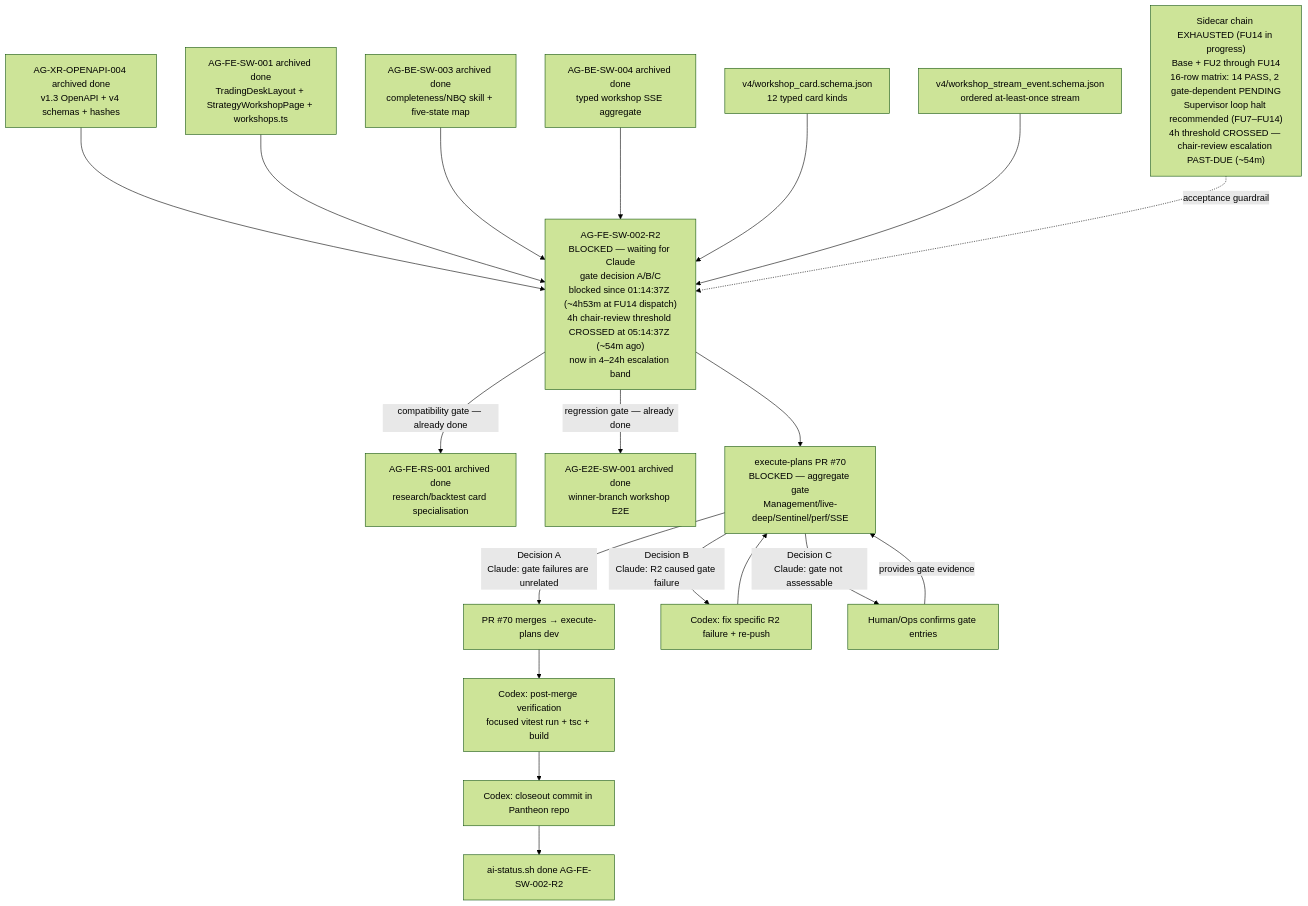
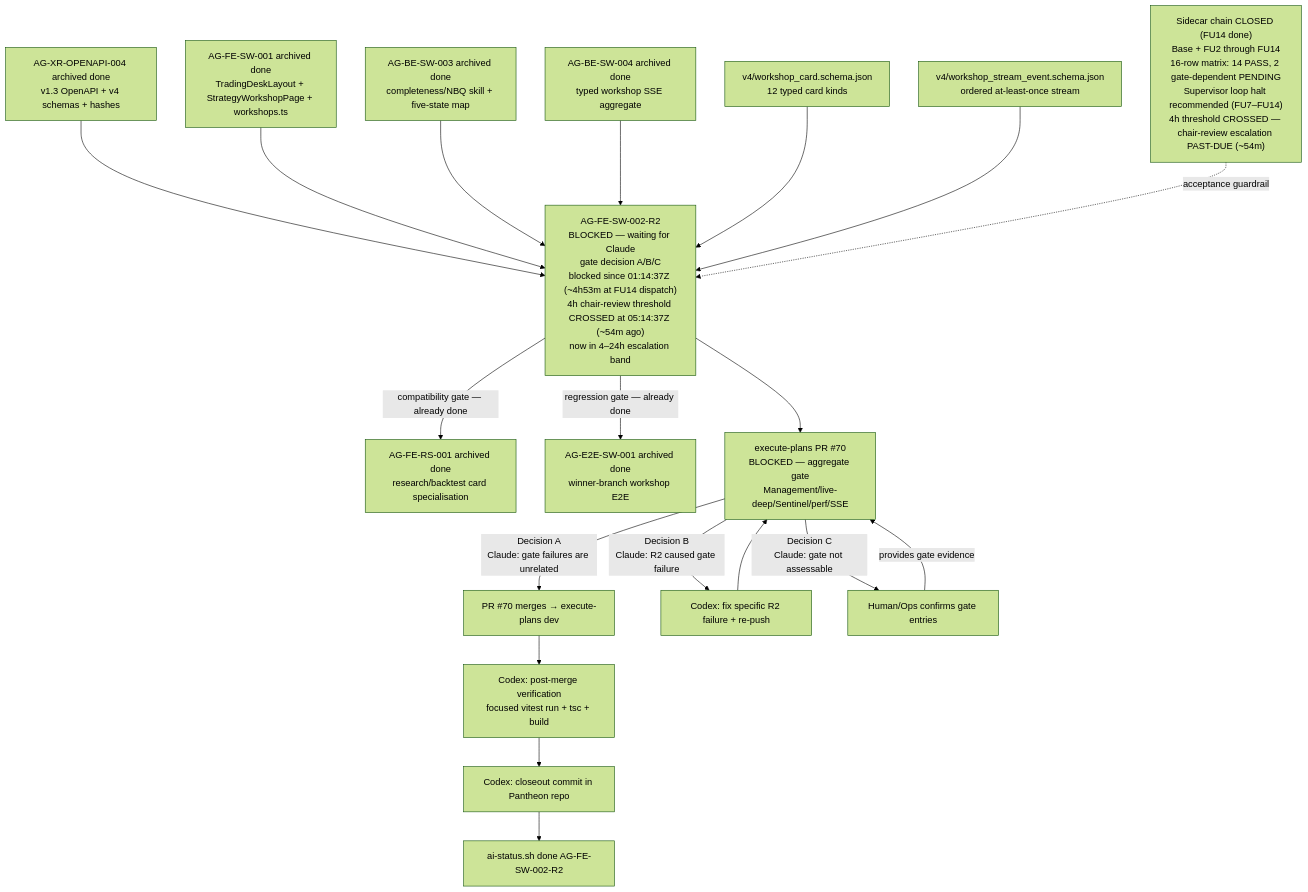
The diagram in support/sidecars/AG-FE-SW-002-R2/AG-FE-SW-002-R2-SIDECAR-ACCEPTANCE-FOLLOWUP-14.md (ajoe734/pantheon), drawn with Mermaid (forest theme) before and after one commit. The commit also changed other lines of this file and 1 other file, not shown here.

First line of the commit message:
AG-FE-SW-002-R2-SIDECAR-ACCEPTANCE-FOLLOWUP-14: closeout finalization

````diff
--- a/support/sidecars/AG-FE-SW-002-R2/AG-FE-SW-002-R2-SIDECAR-ACCEPTANCE-FOLLOWUP-14.md
+++ b/support/sidecars/AG-FE-SW-002-R2/AG-FE-SW-002-R2-SIDECAR-ACCEPTANCE-FOLLOWUP-14.md
@@ -212,28 +212,28 @@
 ```mermaid
 graph TD
     XR004["AG-XR-OPENAPI-004 archived done<br/>v1.3 OpenAPI + v4 schemas + hashes"] --> FESW002R2
     FESW001["AG-FE-SW-001 archived done<br/>TradingDeskLayout + StrategyWorkshopPage + workshops.ts"] --> FESW002R2
     BESW003["AG-BE-SW-003 archived done<br/>completeness/NBQ skill + five-state map"] --> FESW002R2
     BESW004["AG-BE-SW-004 archived done<br/>typed workshop SSE aggregate"] --> FESW002R2
     CardSchema["v4/workshop_card.schema.json<br/>12 typed card kinds"] --> FESW002R2
     StreamSchema["v4/workshop_stream_event.schema.json<br/>ordered at-least-once stream"] --> FESW002R2
 
     FESW002R2["AG-FE-SW-002-R2<br/>BLOCKED — waiting for Claude<br/>gate decision A/B/C<br/>blocked since 01:14:37Z (~4h53m at FU14 dispatch)<br/>4h chair-review threshold CROSSED at 05:14:37Z (~54m ago)<br/>now in 4–24h escalation band"]
 
     FESW002R2 -->|"compatibility gate — already done"| FERS001["AG-FE-RS-001 archived done<br/>research/backtest card specialisation"]
     FESW002R2 -->|"regression gate — already done"| E2E["AG-E2E-SW-001 archived done<br/>winner-branch workshop E2E"]
     FESW002R2 --> PR70["execute-plans PR #70<br/>BLOCKED — aggregate gate<br/>Management/live-deep/Sentinel/perf/SSE"]
 
     PR70 -->|"Decision A<br/>Claude: gate failures are unrelated"| Merge["PR #70 merges → execute-plans dev"]
     PR70 -->|"Decision B<br/>Claude: R2 caused gate failure"| Fix["Codex: fix specific R2 failure + re-push"]
     PR70 -->|"Decision C<br/>Claude: gate not assessable"| HumanOps["Human/Ops confirms gate entries"]
 
     Fix --> PR70
     HumanOps -->|"provides gate evidence"| PR70
 
     Merge --> PostMerge["Codex: post-merge verification<br/>focused vitest run + tsc + build"]
     PostMerge --> CloseoutCommit["Codex: closeout commit in Pantheon repo"]
     CloseoutCommit --> Done["ai-status.sh done AG-FE-SW-002-R2"]
 
-    SidecarChain["Sidecar chain EXHAUSTED (FU14 in progress)<br/>Base + FU2 through FU14<br/>16-row matrix: 14 PASS, 2 gate-dependent PENDING<br/>Supervisor loop halt recommended (FU7–FU14)<br/>4h threshold CROSSED — chair-review escalation PAST-DUE (~54m)"] -.->|"acceptance guardrail"| FESW002R2
+    SidecarChain["Sidecar chain CLOSED (FU14 done)<br/>Base + FU2 through FU14<br/>16-row matrix: 14 PASS, 2 gate-dependent PENDING<br/>Supervisor loop halt recommended (FU7–FU14)<br/>4h threshold CROSSED — chair-review escalation PAST-DUE (~54m)"] -.->|"acceptance guardrail"| FESW002R2
 ```
````
